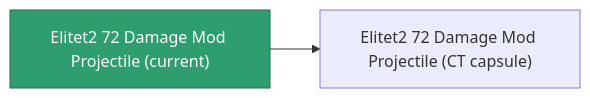
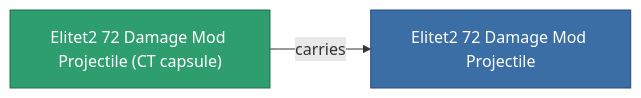
One commit to OpenPerpetuum/Wiki changed the diagram in content/content/items/elitet2_72_damage_mod_projectile.md. Above: the diagram before and after it, drawn with Mermaid. The commit also changed other lines of this file and 2015 other files, not shown here.

````diff
--- a/content/content/items/elitet2_72_damage_mod_projectile.md
+++ b/content/content/items/elitet2_72_damage_mod_projectile.md
@@ -35,8 +35,9 @@
 ```mermaid
 graph LR
-    a["Elitet2 72 Damage Mod Projectile (current)"]:::current
-    b["Elitet2 72 Damage Mod Projectile (CT capsule)"]
-    a --> b
-    click b "/content/items/elitet2-72-damage-mod-projectile-ct-capsule/" "Elitet2 72 Damage Mod Projectile (CT capsule)"
+    a["Elitet2 72 Damage Mod Projectile (CT capsule)"]:::current
+    b["Elitet2 72 Damage Mod Projectile"]:::finished
+    a -->|carries| b
+                click b "/content/items/elitet2-72-damage-mod-projectile/" "Elitet2 72 Damage Mod Projectile"
     classDef current fill:#2f9e6f,stroke:#1f6f4a,color:#ffffff
+    classDef finished fill:#3b6ea5,stroke:#274a75,color:#ffffff
 ```
````
